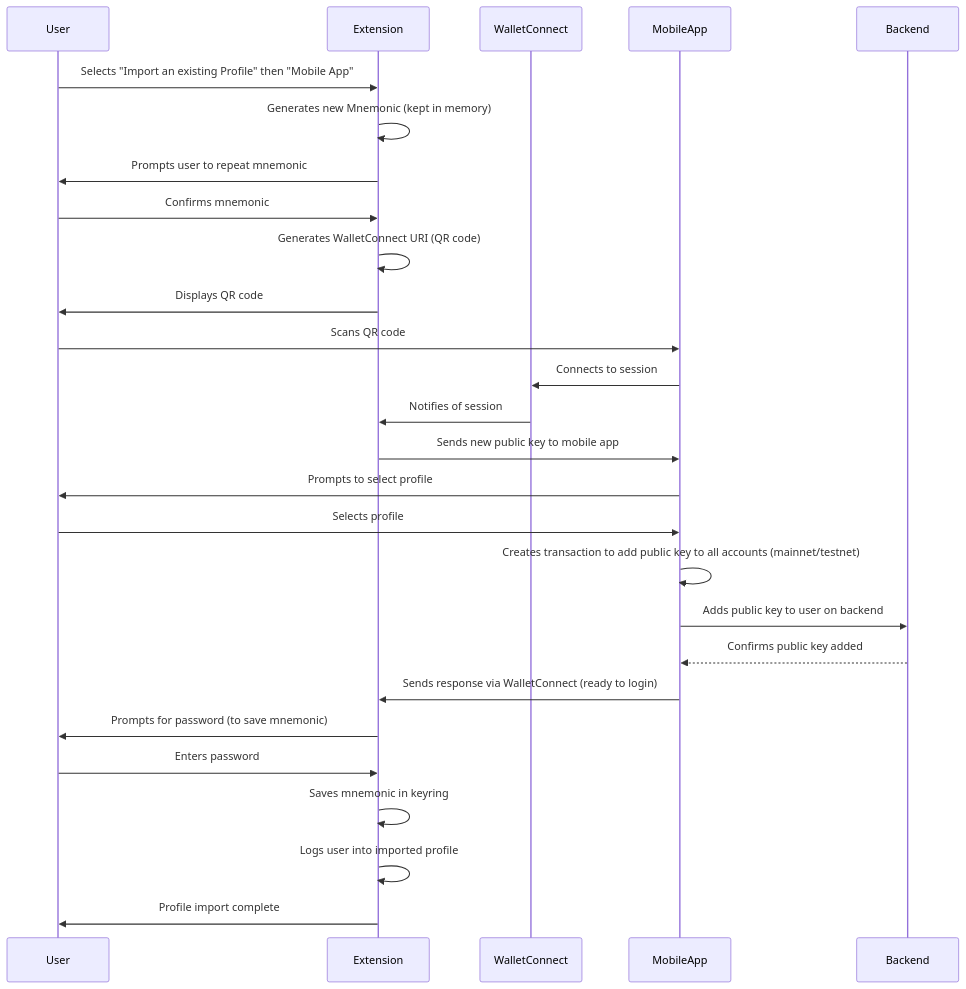
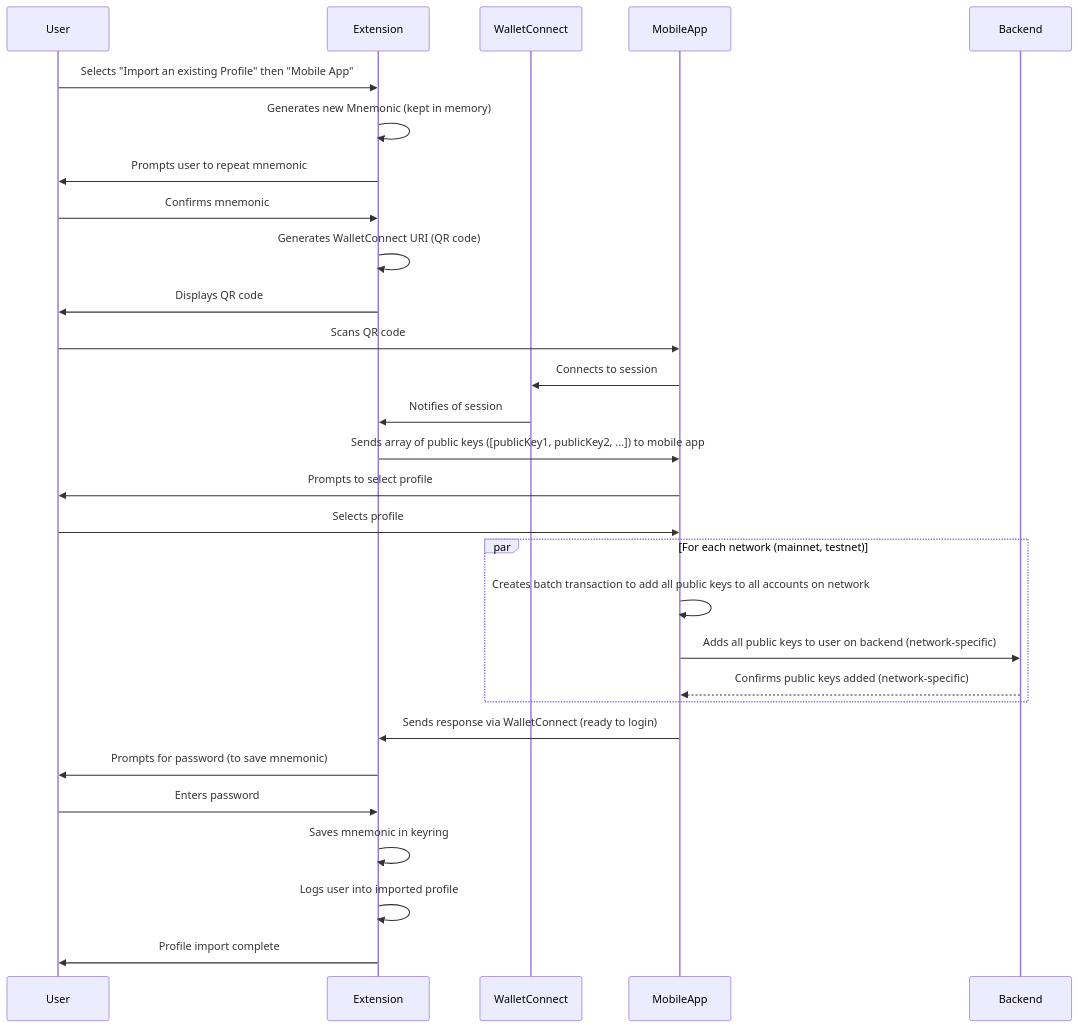
One commit to onflow/FRW-monorepo changed the first of 2 diagrams in docs/import-from-mobile.md. Above: the diagram before and after it, drawn with Mermaid. The commit also changed other lines of this file and 6 other files, not shown here.

````diff
--- a/docs/import-from-mobile.md
+++ b/docs/import-from-mobile.md
@@ -40,30 +40,32 @@
 ```mermaid
 sequenceDiagram
   participant User
   participant Extension
   participant WalletConnect
   participant MobileApp
   participant Backend
 
   User->>Extension: Selects "Import an existing Profile" then "Mobile App"
   Extension->>Extension: Generates new Mnemonic (kept in memory)
   Extension->>User: Prompts user to repeat mnemonic
   User->>Extension: Confirms mnemonic
   Extension->>Extension: Generates WalletConnect URI (QR code)
   Extension->>User: Displays QR code
   User->>MobileApp: Scans QR code
   MobileApp->>WalletConnect: Connects to session
   WalletConnect->>Extension: Notifies of session
-  Extension->>MobileApp: Sends new public key to mobile app
+  Extension->>MobileApp: Sends array of public keys ([publicKey1, publicKey2, ...]) to mobile app
   MobileApp->>User: Prompts to select profile
   User->>MobileApp: Selects profile
-  MobileApp->>MobileApp: Creates transaction to add public key to all accounts (mainnet/testnet)
-  MobileApp->>Backend: Adds public key to user on backend
-  Backend-->>MobileApp: Confirms public key added
+  par For each network (mainnet, testnet)
+    MobileApp->>MobileApp: Creates batch transaction to add all public keys to all accounts on network
+    MobileApp->>Backend: Adds all public keys to user on backend (network-specific)
+    Backend-->>MobileApp: Confirms public keys added (network-specific)
+  end
   MobileApp->>Extension: Sends response via WalletConnect (ready to login)
   Extension->>User: Prompts for password (to save mnemonic)
   User->>Extension: Enters password
   Extension->>Extension: Saves mnemonic in keyring
   Extension->>Extension: Logs user into imported profile
   Extension->>User: Profile import complete
 ```
````
